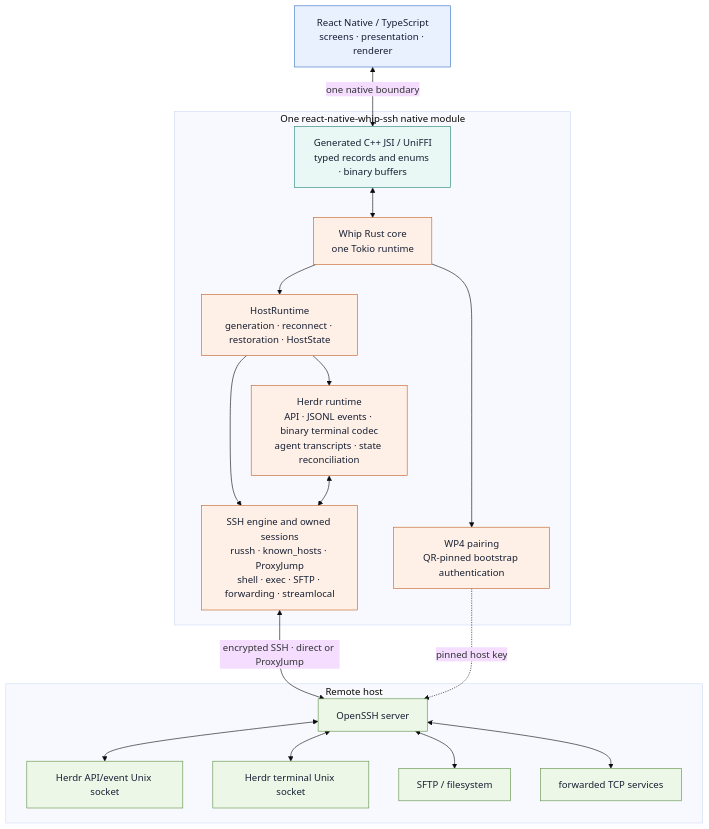
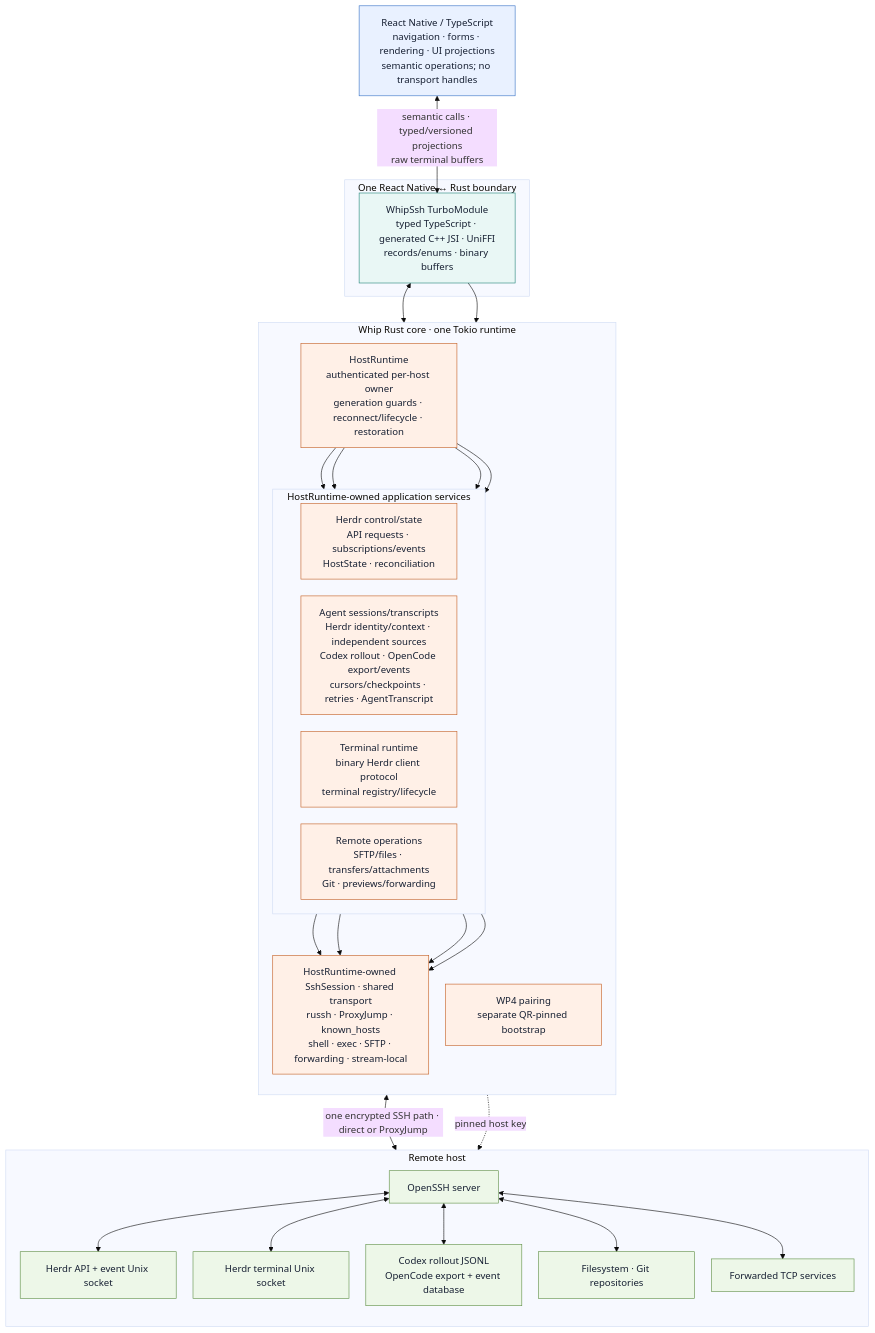
The diagram in docs/whip-ssh-architecture.mmd (KaminariOS/whip), drawn with Mermaid before and after one commit. The commit also changed 5 other files, not shown here.

Commit message:
doc: update Whip architecture diagrams

```diff
--- a/docs/whip-ssh-architecture.mmd
+++ b/docs/whip-ssh-architecture.mmd
@@ -1,44 +1,63 @@
-%%{init: {"theme":"base","flowchart":{"curve":"basis","htmlLabels":true}}}%%
+%%{init: {"theme":"base","flowchart":{"curve":"basis","htmlLabels":true,"nodeSpacing":28,"rankSpacing":44}}}%%
 flowchart TB
-  RN["React Native / TypeScript<br/>screens · presentation · renderer"]
+  RN["React Native / TypeScript<br/>navigation · forms · rendering · UI projections<br/>semantic operations; no transport handles"]
 
-  subgraph Native["One react-native-whip-ssh native module"]
-    JSI["Generated C++ JSI / UniFFI<br/>typed records and enums · binary buffers"]
-    Core["Whip Rust core<br/>one Tokio runtime"]
-    Runtime["HostRuntime<br/>generation · reconnect · restoration · HostState"]
-    SSH["SSH engine and owned sessions<br/>russh · known_hosts · ProxyJump<br/>shell · exec · SFTP · forwarding · streamlocal"]
-    Herdr["Herdr runtime<br/>API · JSONL events · binary terminal codec<br/>agent transcripts · state reconciliation"]
-    Pairing["WP4 pairing<br/>QR-pinned bootstrap authentication"]
+  subgraph Boundary["One React Native ↔ Rust boundary"]
+    JSI["WhipSsh TurboModule<br/>typed TypeScript · generated C++ JSI · UniFFI<br/>records/enums · binary buffers"]
+  end
 
-    JSI <--> Core
-    Core --> Runtime
-    Runtime --> SSH
-    Runtime --> Herdr
-    Herdr <--> SSH
-    Core --> Pairing
+  subgraph Native["Whip Rust core · one Tokio runtime"]
+    direction TB
+    Host["HostRuntime<br/>authenticated per-host owner<br/>generation guards · reconnect/lifecycle · restoration"]
+
+    subgraph Services["HostRuntime-owned application services"]
+      direction LR
+      Control["Herdr control/state<br/>API requests · subscriptions/events<br/>HostState · reconciliation"]
+      Agents["Agent sessions/transcripts<br/>Herdr identity/context · independent sources<br/>Codex rollout · OpenCode export/events<br/>cursors/checkpoints · retries · AgentTranscript"]
+      TerminalRuntime["Terminal runtime<br/>binary Herdr client protocol<br/>terminal registry/lifecycle"]
+      RemoteOps["Remote operations<br/>SFTP/files · transfers/attachments<br/>Git · previews/forwarding"]
+    end
+
+    SSH["HostRuntime-owned SshSession · shared transport<br/>russh · ProxyJump · known_hosts<br/>shell · exec · SFTP · forwarding · stream-local"]
+    Pairing["WP4 pairing<br/>separate QR-pinned bootstrap"]
+
+    Host --> Control
+    Host --> Agents
+    Host --> TerminalRuntime
+    Host --> RemoteOps
+    Control --> SSH
+    Agents --> SSH
+    TerminalRuntime --> SSH
+    RemoteOps --> SSH
   end
 
   subgraph Remote["Remote host"]
+    direction TB
     SSHD["OpenSSH server"]
-    API["Herdr API/event Unix socket"]
+    API["Herdr API + event Unix socket"]
     Terminal["Herdr terminal Unix socket"]
-    Files["SFTP / filesystem"]
-    Services["forwarded TCP services"]
+    AgentSources["Codex rollout JSONL<br/>OpenCode export + event database"]
+    FilesGit["Filesystem · Git repositories"]
+    Forwarded["Forwarded TCP services"]
+
+    SSHD <--> API
+    SSHD <--> Terminal
+    SSHD <--> AgentSources
+    SSHD <--> FilesGit
+    SSHD <--> Forwarded
   end
 
-  RN <-->|"one native boundary"| JSI
-  SSH <-->|"encrypted SSH · direct or ProxyJump"| SSHD
+  RN <-->|"semantic calls · typed/versioned projections<br/>raw terminal buffers"| JSI
+  JSI <--> Host
+  JSI --> Pairing
+  SSH <-->|"one encrypted SSH path · direct or ProxyJump"| SSHD
   Pairing -.->|"pinned host key"| SSHD
-  SSHD <--> API
-  SSHD <--> Terminal
-  SSHD <--> Files
-  SSHD <--> Services
 
   classDef ui fill:#e9f1ff,stroke:#3772c5,color:#172033
   classDef native fill:#e9f7f5,stroke:#23847a,color:#172033
   classDef rust fill:#fff0e7,stroke:#c45f24,color:#172033
   classDef remote fill:#edf7e8,stroke:#5f8f45,color:#172033
   class RN ui
   class JSI native
-  class Core,Runtime,SSH,Herdr,Pairing rust
-  class SSHD,API,Terminal,Files,Services remote
+  class Host,Control,Agents,TerminalRuntime,RemoteOps,SSH,Pairing rust
+  class SSHD,API,Terminal,AgentSources,FilesGit,Forwarded remote
```
